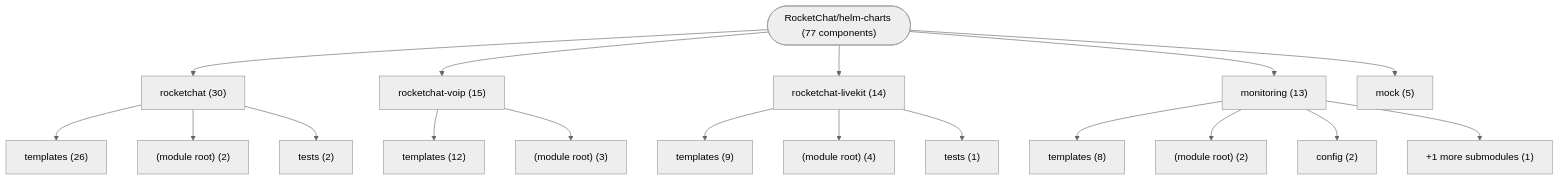
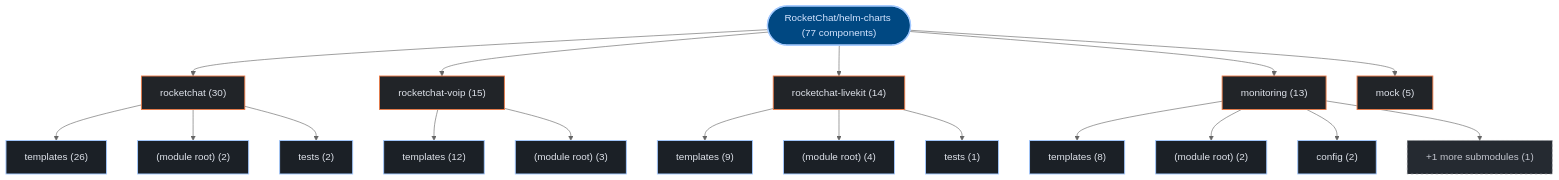
Before and after one commit to kumarshaz/atruss-code-atlas: the first of 3 diagrams in exports/latest/reports/RocketChat-helm-charts-report.md, drawn with Mermaid (neutral theme). The commit also changed other lines of this file and 331 other files, not shown here.

Commit message:
docs,ui,fix: update SDLC docs, reorder CI/CD DAG first, stylize Mermaid, and fix Arc42 pipeline topology

````diff
--- a/exports/latest/reports/RocketChat-helm-charts-report.md
+++ b/exports/latest/reports/RocketChat-helm-charts-report.md
@@ -42,38 +42,45 @@
 ```mermaid
 graph TD;
-    repo_root(["RocketChat/helm-charts (77 components)"])
-    dir_0_rocketchat["rocketchat (30)"]
+  classDef atlasRoot fill:#004882,stroke:#a3c9ff,stroke-width:2px,color:#d3e4ff
+  classDef atlasCategory fill:#212428,stroke:#E87A48,stroke-width:1.5px,color:#dfe3eb
+  classDef atlasWorkflow fill:#1b2026,stroke:#a3c9ff,stroke-width:1.5px,color:#dfe3eb
+  classDef atlasJob fill:#171c22,stroke:#8d9199,stroke-width:1px,color:#dfe3eb
+  classDef atlasTarget fill:#005227,stroke:#8bd99b,stroke-width:1.5px,color:#a7f6b6
+  classDef atlasAlert fill:#93000a,stroke:#ffb4ab,stroke-width:1.5px,color:#ffdad6
+  classDef atlasMore fill:#252a31,stroke:#8d9199,stroke-dasharray:4 4,color:#c3c6cf
+    repo_root(["RocketChat/helm-charts (77 components)"]):::atlasRoot
+    dir_0_rocketchat["rocketchat (30)"]:::atlasCategory
     repo_root --> dir_0_rocketchat
-    sub_0_0_templates["templates (26)"]
+    sub_0_0_templates["templates (26)"]:::atlasWorkflow
     dir_0_rocketchat --> sub_0_0_templates
-    sub_0_1__module_root_["(module root) (2)"]
+    sub_0_1__module_root_["(module root) (2)"]:::atlasWorkflow
     dir_0_rocketchat --> sub_0_1__module_root_
-    sub_0_2_tests["tests (2)"]
+    sub_0_2_tests["tests (2)"]:::atlasWorkflow
     dir_0_rocketchat --> sub_0_2_tests
-    dir_1_rocketchat_voip["rocketchat-voip (15)"]
+    dir_1_rocketchat_voip["rocketchat-voip (15)"]:::atlasCategory
     repo_root --> dir_1_rocketchat_voip
-    sub_1_0_templates["templates (12)"]
+    sub_1_0_templates["templates (12)"]:::atlasWorkflow
     dir_1_rocketchat_voip --> sub_1_0_templates
-    sub_1_1__module_root_["(module root) (3)"]
+    sub_1_1__module_root_["(module root) (3)"]:::atlasWorkflow
     dir_1_rocketchat_voip --> sub_1_1__module_root_
-    dir_2_rocketchat_livekit["rocketchat-livekit (14)"]
+    dir_2_rocketchat_livekit["rocketchat-livekit (14)"]:::atlasCategory
     repo_root --> dir_2_rocketchat_livekit
-    sub_2_0_templates["templates (9)"]
+    sub_2_0_templates["templates (9)"]:::atlasWorkflow
     dir_2_rocketchat_livekit --> sub_2_0_templates
-    sub_2_1__module_root_["(module root) (4)"]
+    sub_2_1__module_root_["(module root) (4)"]:::atlasWorkflow
     dir_2_rocketchat_livekit --> sub_2_1__module_root_
-    sub_2_2_tests["tests (1)"]
+    sub_2_2_tests["tests (1)"]:::atlasWorkflow
     dir_2_rocketchat_livekit --> sub_2_2_tests
-    dir_3_monitoring["monitoring (13)"]
+    dir_3_monitoring["monitoring (13)"]:::atlasCategory
     repo_root --> dir_3_monitoring
-    sub_3_0_templates["templates (8)"]
+    sub_3_0_templates["templates (8)"]:::atlasWorkflow
     dir_3_monitoring --> sub_3_0_templates
-    sub_3_1__module_root_["(module root) (2)"]
+    sub_3_1__module_root_["(module root) (2)"]:::atlasWorkflow
     dir_3_monitoring --> sub_3_1__module_root_
-    sub_3_2_config["config (2)"]
+    sub_3_2_config["config (2)"]:::atlasWorkflow
     dir_3_monitoring --> sub_3_2_config
-    sub_3_more["+1 more submodules (1)"]
+    sub_3_more["+1 more submodules (1)"]:::atlasMore
     dir_3_monitoring --> sub_3_more
-    dir_4_mock["mock (5)"]
+    dir_4_mock["mock (5)"]:::atlasCategory
     repo_root --> dir_4_mock
 ```
````
